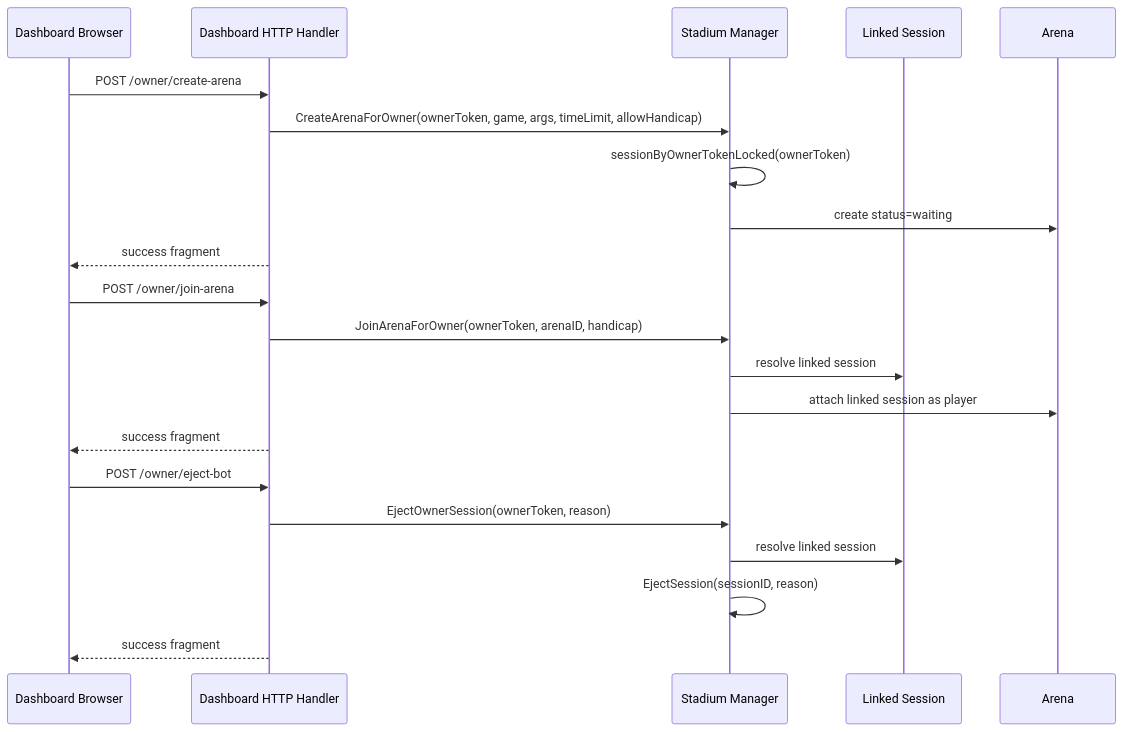
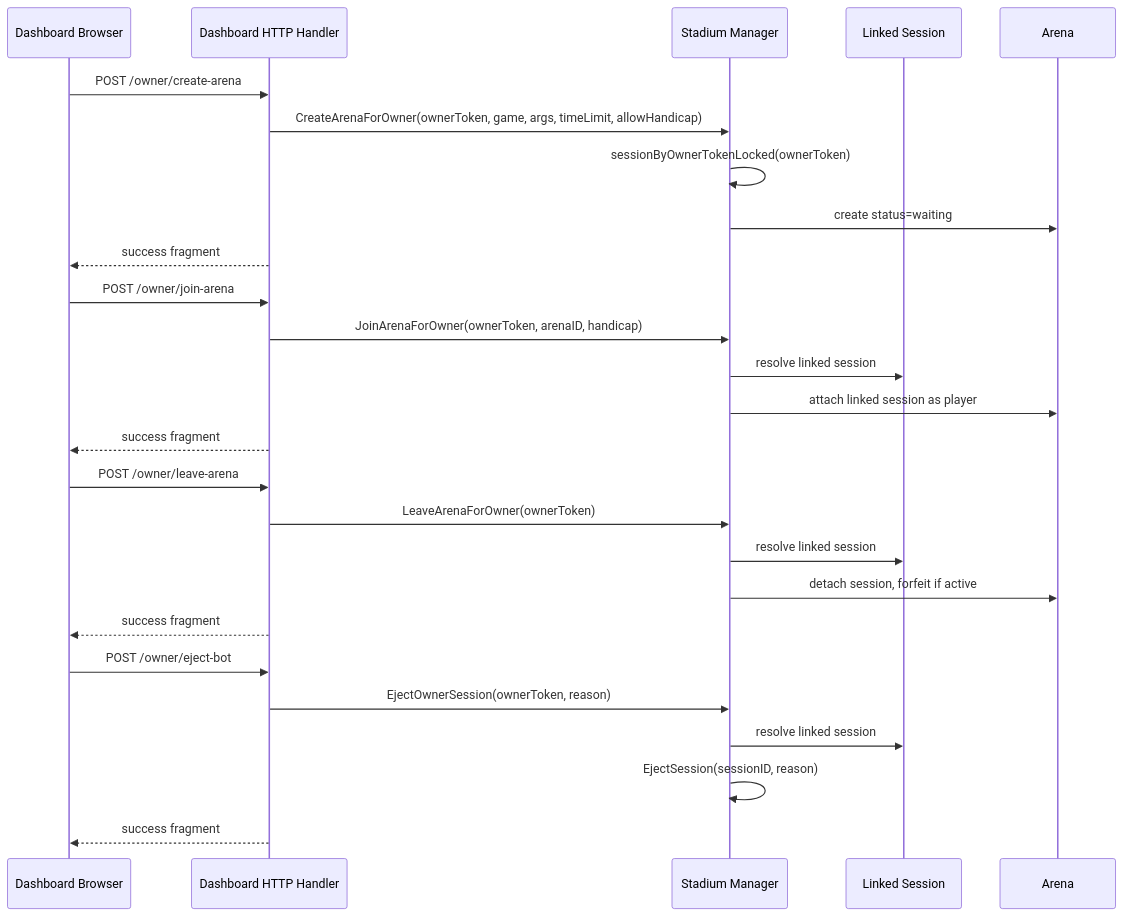
The third of 7 diagrams in ARCHITECTURE.md (JonKirkpatrick/GoBots), drawn with Mermaid before and after one commit. The commit also changed other lines of this file and 19 other files, not shown here.

````diff
--- a/ARCHITECTURE.md
+++ b/ARCHITECTURE.md
@@ -194,26 +194,32 @@
 ```mermaid
 sequenceDiagram
     participant Browser as Dashboard Browser
     participant HTTP as Dashboard HTTP Handler
     participant M as Stadium Manager
     participant S as Linked Session
     participant A as Arena
 
     Browser->>HTTP: POST /owner/create-arena
     HTTP->>M: CreateArenaForOwner(ownerToken, game, args, timeLimit, allowHandicap)
     M->>M: sessionByOwnerTokenLocked(ownerToken)
     M->>A: create status=waiting
     HTTP-->>Browser: success fragment
 
     Browser->>HTTP: POST /owner/join-arena
     HTTP->>M: JoinArenaForOwner(ownerToken, arenaID, handicap)
     M->>S: resolve linked session
     M->>A: attach linked session as player
     HTTP-->>Browser: success fragment
 
+    Browser->>HTTP: POST /owner/leave-arena
+    HTTP->>M: LeaveArenaForOwner(ownerToken)
+    M->>S: resolve linked session
+    M->>A: detach session, forfeit if active
+    HTTP-->>Browser: success fragment
+
     Browser->>HTTP: POST /owner/eject-bot
     HTTP->>M: EjectOwnerSession(ownerToken, reason)
     M->>S: resolve linked session
     M->>M: EjectSession(sessionID, reason)
     HTTP-->>Browser: success fragment
 ```
````
